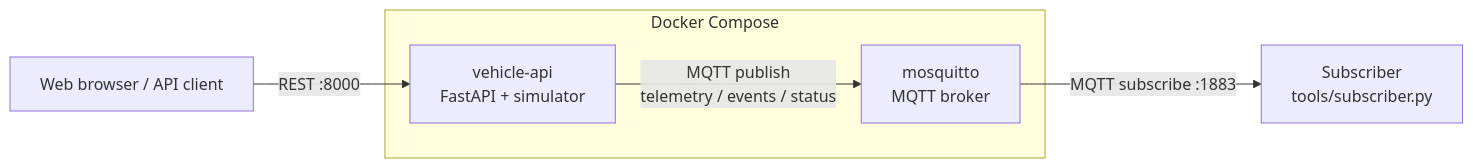
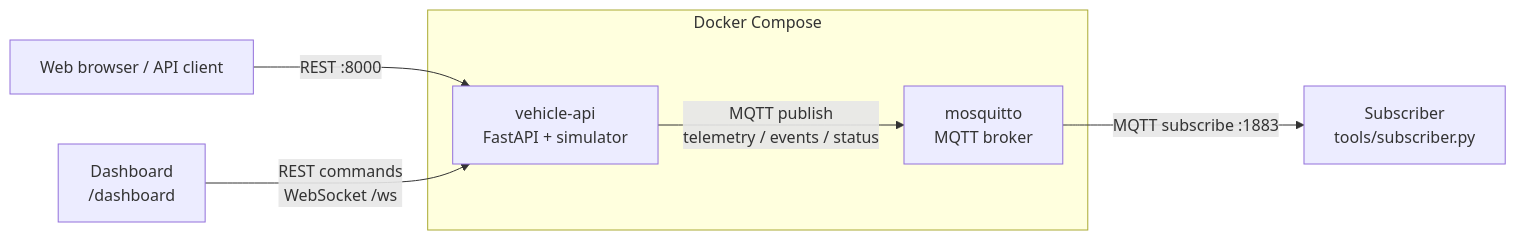
The diagram in README.md (naosyke/vehicle-api-simulator), drawn with Mermaid before and after one commit. The commit also changed other lines of this file and 6 other files, not shown here.

First line of the commit message:
Add real-time dashboard with WebSocket stream

````diff
--- a/README.md
+++ b/README.md
@@ -20,14 +20,16 @@
 ```mermaid
 flowchart LR
     browser["Web browser / API client"]
+    dashboard["Dashboard<br/>/dashboard"]
     subscriber["Subscriber<br/>tools/subscriber.py"]
 
     subgraph compose["Docker Compose"]
         api["vehicle-api<br/>FastAPI + simulator"]
         broker["mosquitto<br/>MQTT broker"]
     end
 
     browser -- "REST :8000" --> api
+    dashboard -- "REST commands<br/>WebSocket /ws" --> api
     api -- "MQTT publish<br/>telemetry / events / status" --> broker
     broker -- "MQTT subscribe :1883" --> subscriber
 ```
````
